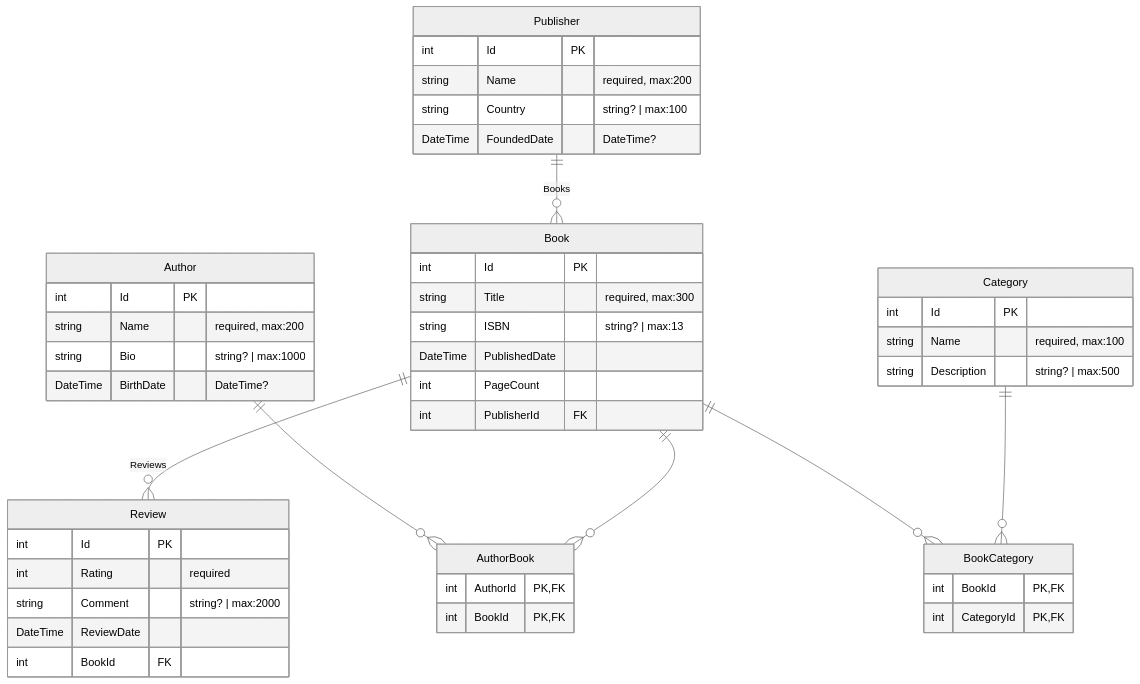
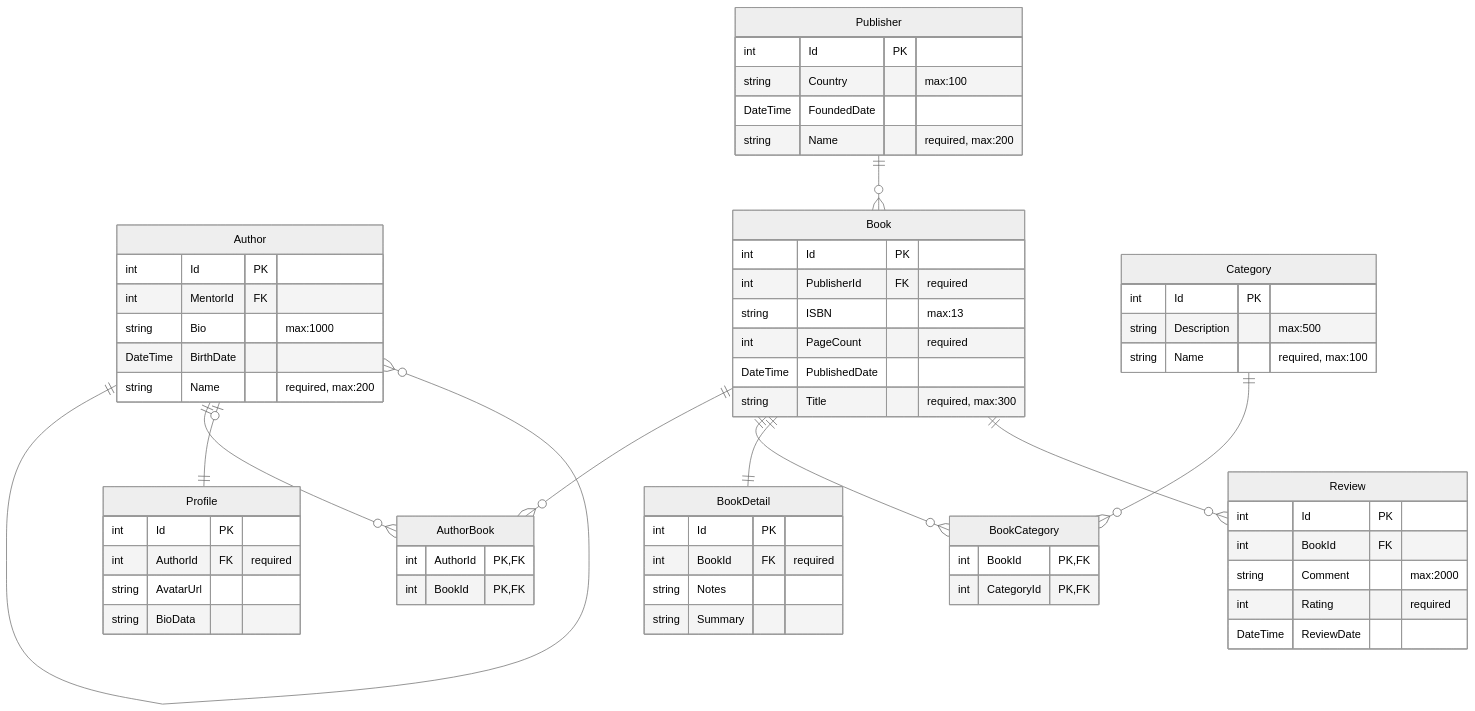
The diagram in samples/erd/simple-context/README.md (HandyS11/ProjGraph), drawn with Mermaid (neutral theme) before and after one commit. The commit also changed other lines of this file and 10 other files, not shown here.

````diff
--- a/samples/erd/simple-context/README.md
+++ b/samples/erd/simple-context/README.md
@@ -42,49 +43,65 @@
 ```mermaid
 erDiagram
-    Author {
-        int Id PK
-        string Name "required, max:200"
-        string Bio "string? | max:1000"
-        DateTime BirthDate "DateTime?"
-    }
-    Book {
-        int Id PK
-        string Title "required, max:300"
-        string ISBN "string? | max:13"
-        DateTime PublishedDate
-        int PageCount
-        int PublisherId FK
-    }
-    Category {
-        int Id PK
-        string Name "required, max:100"
-        string Description "string? | max:500"
-    }
-    Publisher {
-        int Id PK
-        string Name "required, max:200"
-        string Country "string? | max:100"
-        DateTime FoundedDate "DateTime?"
-    }
-    Review {
-        int Id PK
-        int Rating "required"
-        string Comment "string? | max:2000"
-        DateTime ReviewDate
-        int BookId FK
-    }
-    AuthorBook {
-        int AuthorId PK,FK
-        int BookId PK,FK
-    }
-    BookCategory {
-        int BookId PK,FK
-        int CategoryId PK,FK
-    }
-    Publisher ||--o{ Book : "Books"
-    Book ||--o{ Review : "Reviews"
-    Author ||--o{ AuthorBook : ""
-    Book ||--o{ AuthorBook : ""
-    Book ||--o{ BookCategory : ""
-    Category ||--o{ BookCategory : ""
+  Author {
+    int Id PK
+    int MentorId FK
+    string Bio "max:1000"
+    DateTime BirthDate
+    string Name "required, max:200"
+  }
+  AuthorBook {
+    int AuthorId PK,FK
+    int BookId PK,FK
+  }
+  Book {
+    int Id PK
+    int PublisherId FK "required"
+    string ISBN "max:13"
+    int PageCount "required"
+    DateTime PublishedDate
+    string Title "required, max:300"
+  }
+  BookCategory {
+    int BookId PK,FK
+    int CategoryId PK,FK
+  }
+  BookDetail {
+    int Id PK
+    int BookId FK "required"
+    string Notes
+    string Summary
+  }
+  Category {
+    int Id PK
+    string Description "max:500"
+    string Name "required, max:100"
+  }
+  Profile {
+    int Id PK
+    int AuthorId FK "required"
+    string AvatarUrl
+    string BioData
+  }
+  Publisher {
+    int Id PK
+    string Country "max:100"
+    DateTime FoundedDate
+    string Name "required, max:200"
+  }
+  Review {
+    int Id PK
+    int BookId FK
+    string Comment "max:2000"
+    int Rating "required"
+    DateTime ReviewDate
+  }
+  Author ||--o{ Author : ""
+  Author ||--o{ AuthorBook : ""
+  Author |o--|| Profile : ""
+  Book ||--o{ AuthorBook : ""
+  Book ||--o{ BookCategory : ""
+  Book ||--|| BookDetail : ""
+  Book ||--o{ Review : ""
+  Category ||--o{ BookCategory : ""
+  Publisher ||--o{ Book : ""
 ```
````
